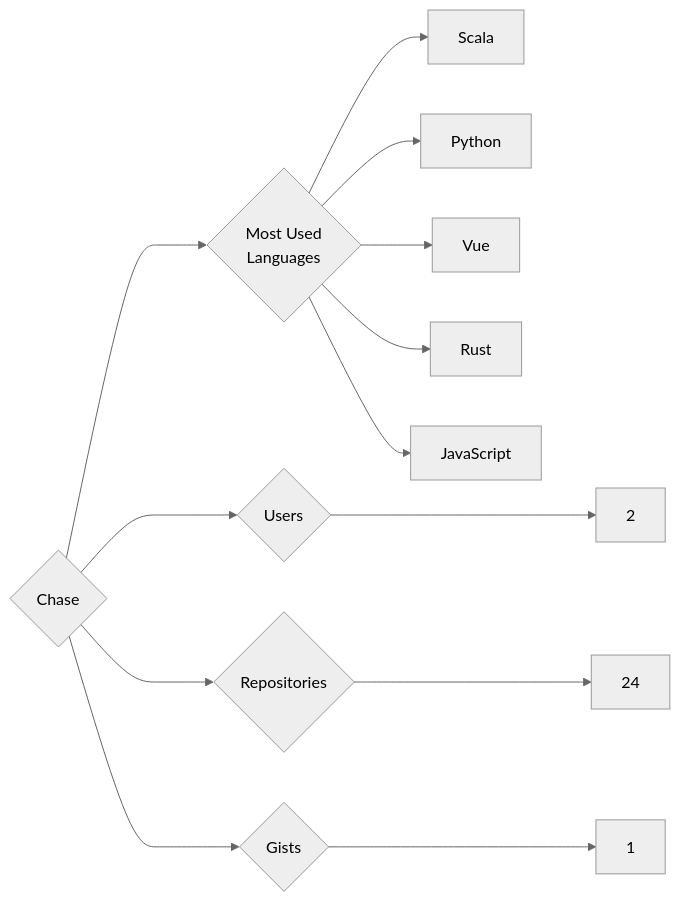
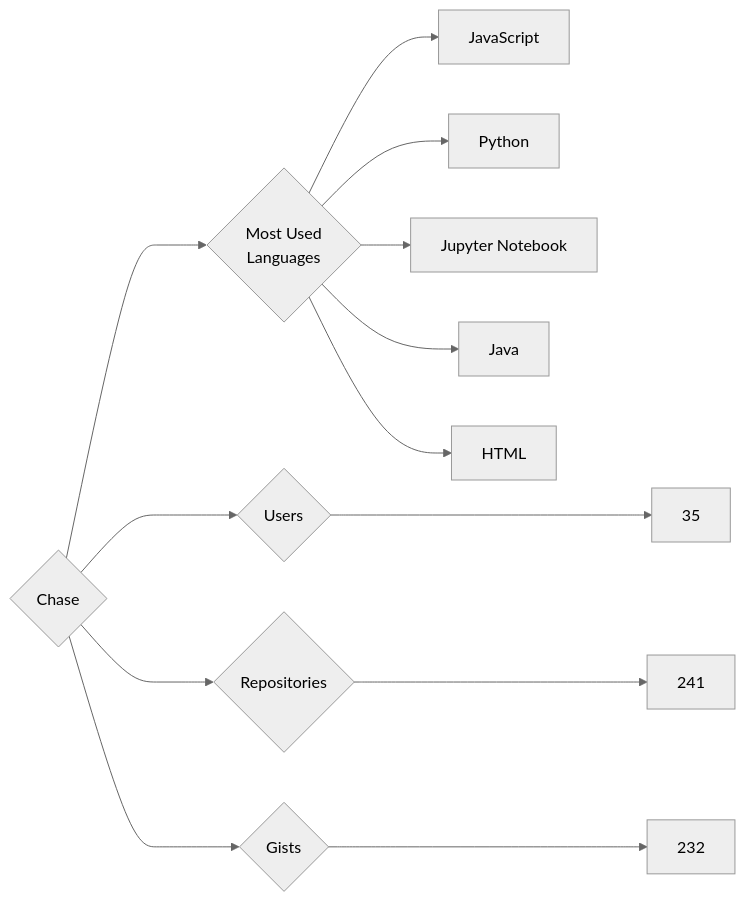
The diagram in targets/Chase/README.md (trickest/insiders), drawn with Mermaid (neutral theme) before and after one commit. The commit also changed 837 other files, not shown here.

````diff
--- a/targets/Chase/README.md
+++ b/targets/Chase/README.md
@@ -3,13 +3,13 @@
 ```mermaid
 graph LR
 COMPANY_NAME{Chase}
-COMPANY_NAME ---> U{Users} ---> UN[2]
-COMPANY_NAME ---> R{Repositories} ---> RN[24]
-COMPANY_NAME ---> G{Gists} ---> GN[1]
+COMPANY_NAME ---> U{Users} ---> UN[35]
+COMPANY_NAME ---> R{Repositories} ---> RN[241]
+COMPANY_NAME ---> G{Gists} ---> GN[232]
 COMPANY_NAME ---> ML{Most Used<br>Languages}
-ML --> Scala[Scala]
+ML --> JavaScript[JavaScript]
 ML --> Python[Python]
-ML --> Vue[Vue]
-ML --> Rust[Rust]
-ML --> JavaScript[JavaScript]
+ML --> Jupyter_Notebook[Jupyter Notebook]
+ML --> Java[Java]
+ML --> HTML[HTML]
 ```
````
